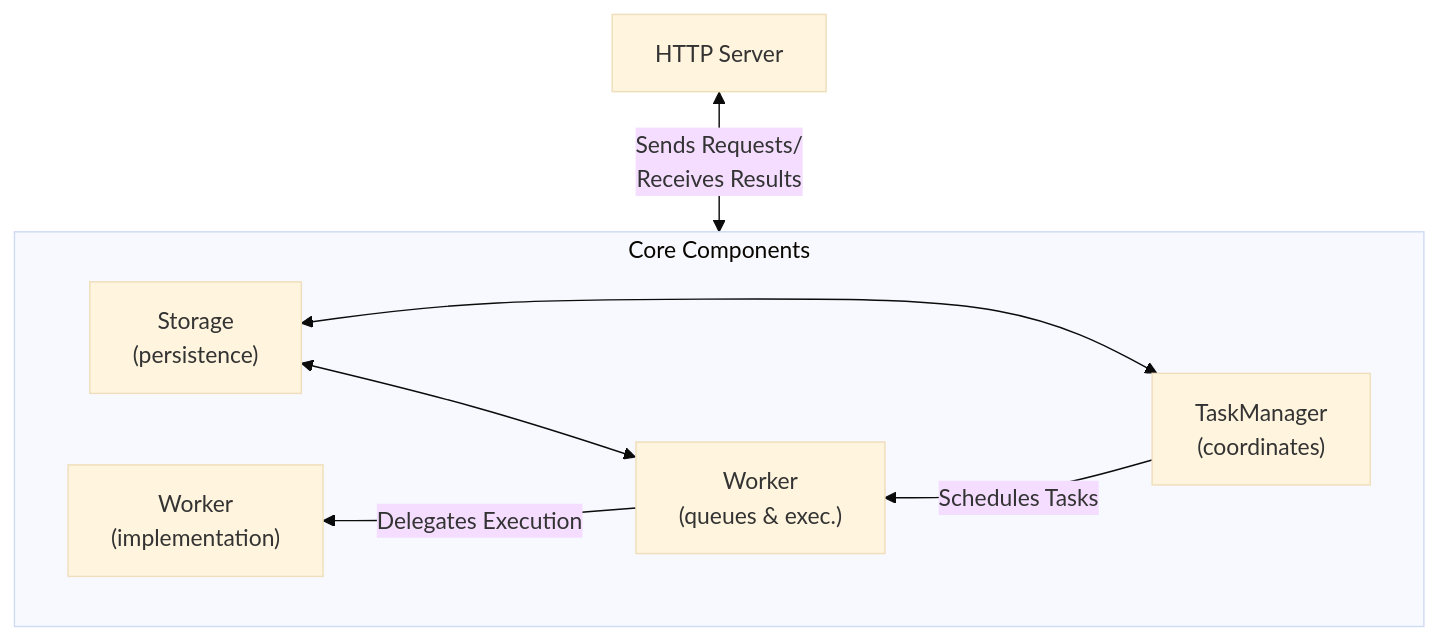
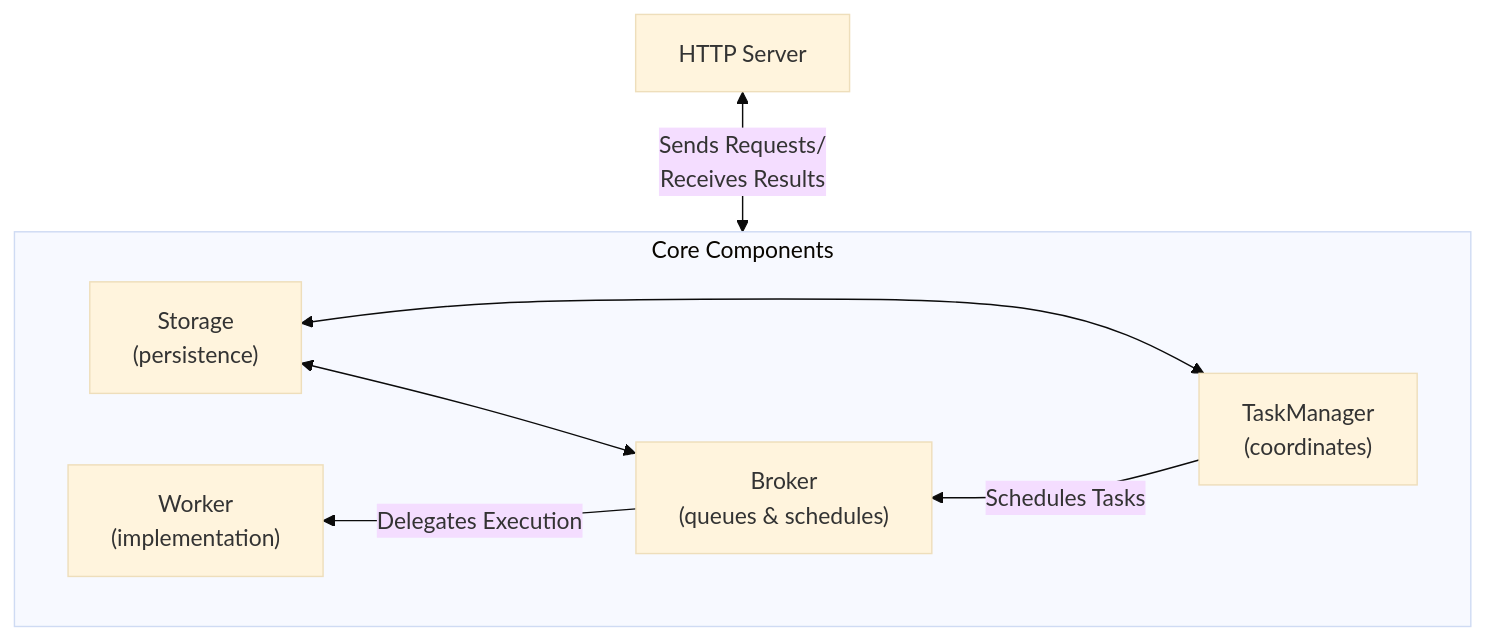
The diagram in docs/a2a/fasta2a.md (pydantic/pydantic-ai), drawn with Mermaid (base theme) before and after one commit. The commit also changed other lines of this file and 5 other files, not shown here.

````diff
--- a/docs/a2a/fasta2a.md
+++ b/docs/a2a/fasta2a.md
@@ -30,14 +160,14 @@
 ```mermaid
 flowchart TB
     Server["HTTP Server"] <--> |Sends Requests/<br>Receives Results| TM
 
     subgraph CC[Core Components]
         direction RL
-        TM["TaskManager<br>(coordinates)"] --> |Schedules Tasks| TE
+        TM["TaskManager<br>(coordinates)"] --> |Schedules Tasks| Broker
         TM <--> Storage
-        TE["Worker<br>(queues & exec.)"] <--> Storage["Storage<br>(persistence)"]
-        TE --> |Delegates Execution| Worker
+        Broker["Broker<br>(queues & schedules)"] <--> Storage["Storage<br>(persistence)"]
+        Broker --> |Delegates Execution| Worker
     end
 
     Worker["Worker<br>(implementation)"]
 ```
````
